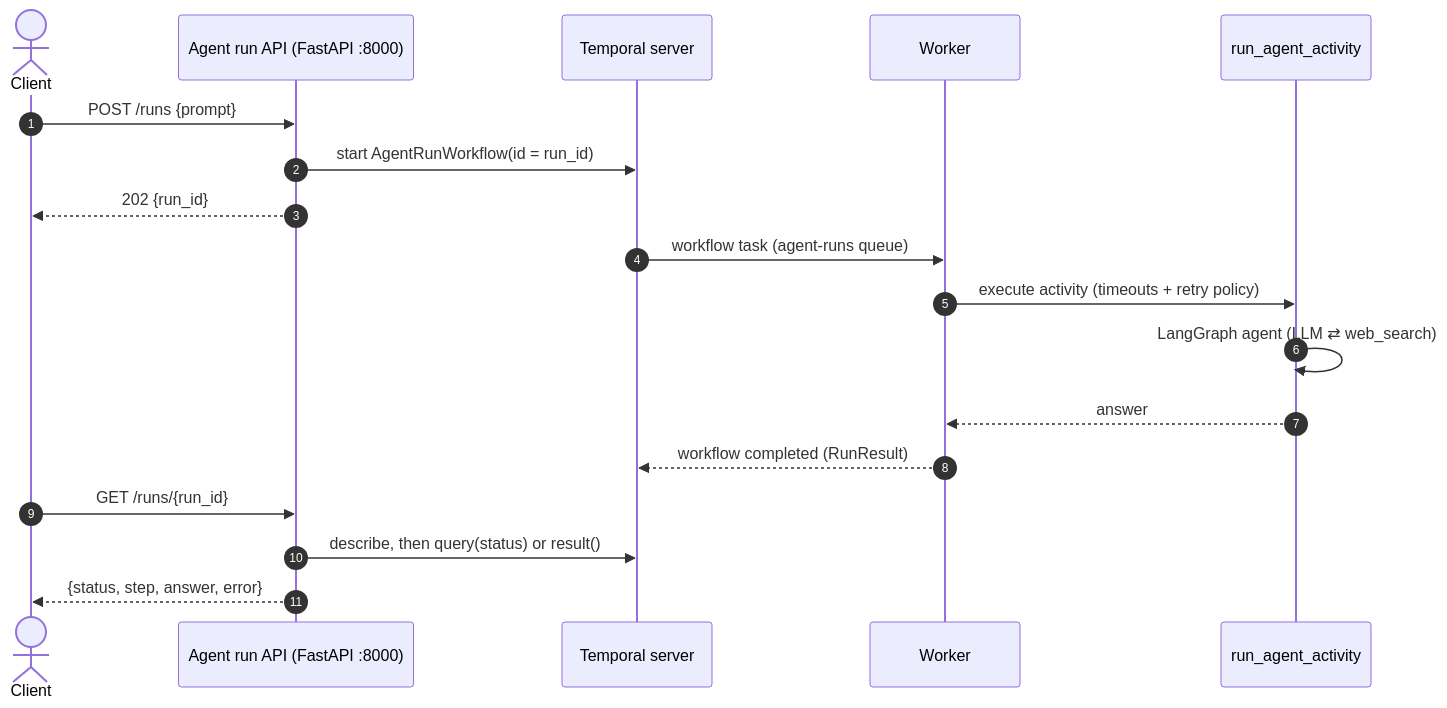
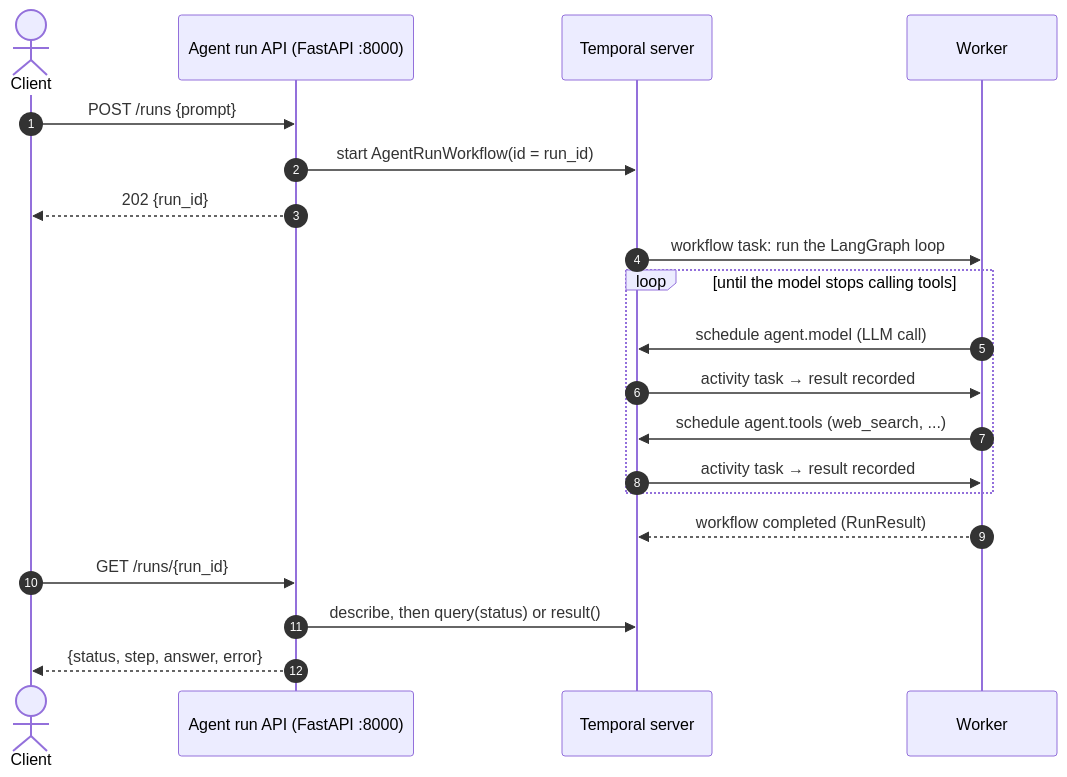
One commit to Anirudh1905/async-agentic-workflows changed the first of 3 diagrams in docs/phases/phase-3-temporal.md. Above: the diagram before and after it, drawn with Mermaid. The commit also changed other lines of this file and 13 other files, not shown here.

First line of the commit message:
Run each LangGraph step as its own Temporal activity

````diff
--- a/docs/phases/phase-3-temporal.md
+++ b/docs/phases/phase-3-temporal.md
@@ -5,20 +5,22 @@
 ```mermaid
 sequenceDiagram
     autonumber
     actor C as Client
     participant API as Agent run API (FastAPI :8000)
     participant T as Temporal server
     participant W as Worker
-    participant A as run_agent_activity
     C->>API: POST /runs {prompt}
     API->>T: start AgentRunWorkflow(id = run_id)
     API-->>C: 202 {run_id}
-    T->>W: workflow task (agent-runs queue)
-    W->>A: execute activity (timeouts + retry policy)
-    A->>A: LangGraph agent (LLM ⇄ web_search)
-    A-->>W: answer
+    T->>W: workflow task: run the LangGraph loop
+    loop until the model stops calling tools
+        W->>T: schedule agent.model (LLM call)
+        T->>W: activity task → result recorded
+        W->>T: schedule agent.tools (web_search, ...)
+        T->>W: activity task → result recorded
+    end
     W-->>T: workflow completed (RunResult)
     C->>API: GET /runs/{run_id}
     API->>T: describe, then query(status) or result()
     API-->>C: {status, step, answer, error}
 ```
````
